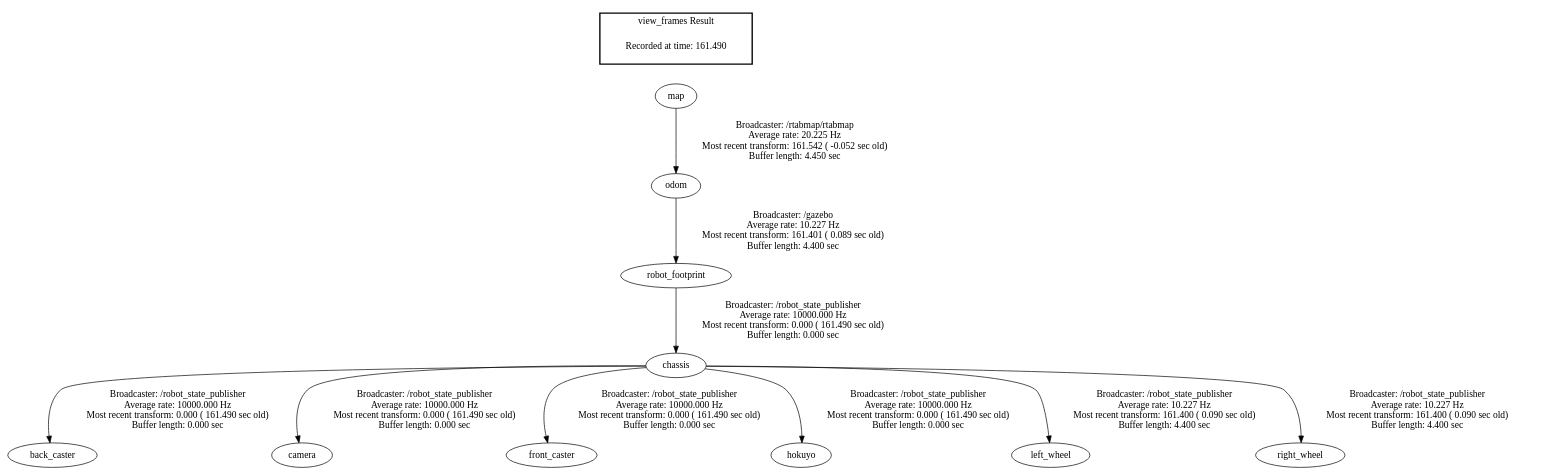
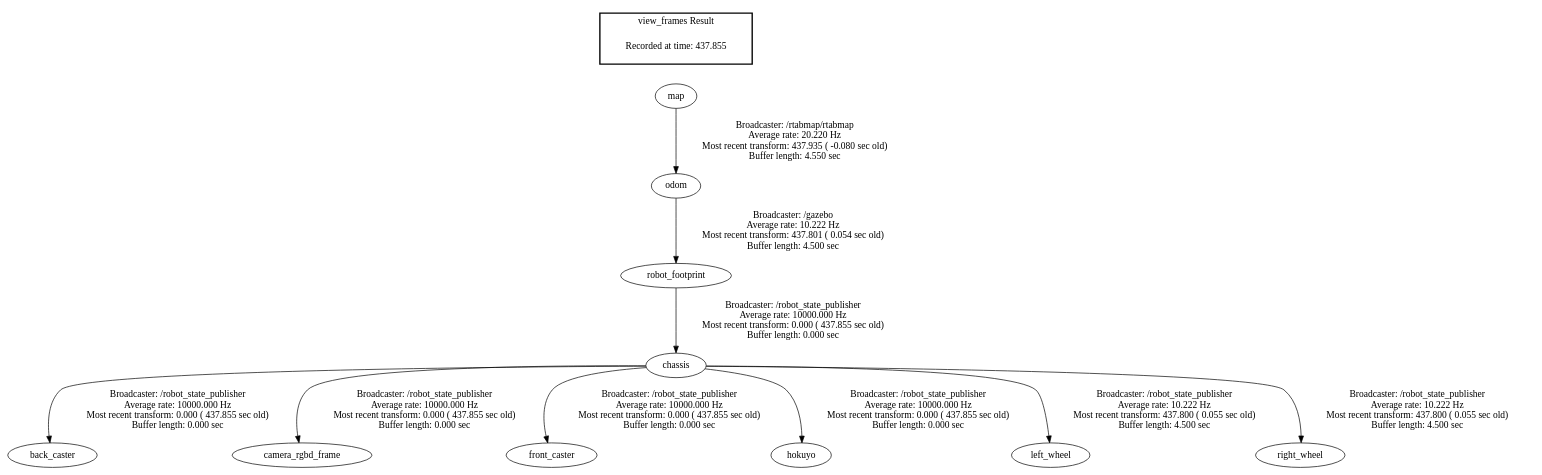
One commit to SharkyZg/RoboND-SlamProject changed the diagram in frames.gv. Above: the diagram before and after it, drawn with Graphviz. The commit also changed 2 other files, not shown here.

Commit message:
robot moves, creates map, RGB-D cloud in rviz pointing wrong

```diff
--- a/frames.gv
+++ b/frames.gv
@@ -1,15 +1,15 @@
 digraph G {
-"chassis" -> "back_caster"[label="Broadcaster: /robot_state_publisher\nAverage rate: 10000.000 Hz\nMost recent transform: 0.000 ( 161.490 sec old)\nBuffer length: 0.000 sec\n"];
-"robot_footprint" -> "chassis"[label="Broadcaster: /robot_state_publisher\nAverage rate: 10000.000 Hz\nMost recent transform: 0.000 ( 161.490 sec old)\nBuffer length: 0.000 sec\n"];
-"chassis" -> "camera"[label="Broadcaster: /robot_state_publisher\nAverage rate: 10000.000 Hz\nMost recent transform: 0.000 ( 161.490 sec old)\nBuffer length: 0.000 sec\n"];
-"chassis" -> "front_caster"[label="Broadcaster: /robot_state_publisher\nAverage rate: 10000.000 Hz\nMost recent transform: 0.000 ( 161.490 sec old)\nBuffer length: 0.000 sec\n"];
-"chassis" -> "hokuyo"[label="Broadcaster: /robot_state_publisher\nAverage rate: 10000.000 Hz\nMost recent transform: 0.000 ( 161.490 sec old)\nBuffer length: 0.000 sec\n"];
-"odom" -> "robot_footprint"[label="Broadcaster: /gazebo\nAverage rate: 10.227 Hz\nMost recent transform: 161.401 ( 0.089 sec old)\nBuffer length: 4.400 sec\n"];
-"map" -> "odom"[label="Broadcaster: /rtabmap/rtabmap\nAverage rate: 20.225 Hz\nMost recent transform: 161.542 ( -0.052 sec old)\nBuffer length: 4.450 sec\n"];
-"chassis" -> "left_wheel"[label="Broadcaster: /robot_state_publisher\nAverage rate: 10.227 Hz\nMost recent transform: 161.400 ( 0.090 sec old)\nBuffer length: 4.400 sec\n"];
-"chassis" -> "right_wheel"[label="Broadcaster: /robot_state_publisher\nAverage rate: 10.227 Hz\nMost recent transform: 161.400 ( 0.090 sec old)\nBuffer length: 4.400 sec\n"];
+"chassis" -> "back_caster"[label="Broadcaster: /robot_state_publisher\nAverage rate: 10000.000 Hz\nMost recent transform: 0.000 ( 437.855 sec old)\nBuffer length: 0.000 sec\n"];
+"robot_footprint" -> "chassis"[label="Broadcaster: /robot_state_publisher\nAverage rate: 10000.000 Hz\nMost recent transform: 0.000 ( 437.855 sec old)\nBuffer length: 0.000 sec\n"];
+"chassis" -> "camera_rgbd_frame"[label="Broadcaster: /robot_state_publisher\nAverage rate: 10000.000 Hz\nMost recent transform: 0.000 ( 437.855 sec old)\nBuffer length: 0.000 sec\n"];
+"chassis" -> "front_caster"[label="Broadcaster: /robot_state_publisher\nAverage rate: 10000.000 Hz\nMost recent transform: 0.000 ( 437.855 sec old)\nBuffer length: 0.000 sec\n"];
+"chassis" -> "hokuyo"[label="Broadcaster: /robot_state_publisher\nAverage rate: 10000.000 Hz\nMost recent transform: 0.000 ( 437.855 sec old)\nBuffer length: 0.000 sec\n"];
+"odom" -> "robot_footprint"[label="Broadcaster: /gazebo\nAverage rate: 10.222 Hz\nMost recent transform: 437.801 ( 0.054 sec old)\nBuffer length: 4.500 sec\n"];
+"map" -> "odom"[label="Broadcaster: /rtabmap/rtabmap\nAverage rate: 20.220 Hz\nMost recent transform: 437.935 ( -0.080 sec old)\nBuffer length: 4.550 sec\n"];
+"chassis" -> "left_wheel"[label="Broadcaster: /robot_state_publisher\nAverage rate: 10.222 Hz\nMost recent transform: 437.800 ( 0.055 sec old)\nBuffer length: 4.500 sec\n"];
+"chassis" -> "right_wheel"[label="Broadcaster: /robot_state_publisher\nAverage rate: 10.222 Hz\nMost recent transform: 437.800 ( 0.055 sec old)\nBuffer length: 4.500 sec\n"];
 edge [style=invis];
  subgraph cluster_legend { style=bold; color=black; label ="view_frames Result";
-"Recorded at time: 161.490"[ shape=plaintext ] ;
+"Recorded at time: 437.855"[ shape=plaintext ] ;
  }->"map";
 }
```
